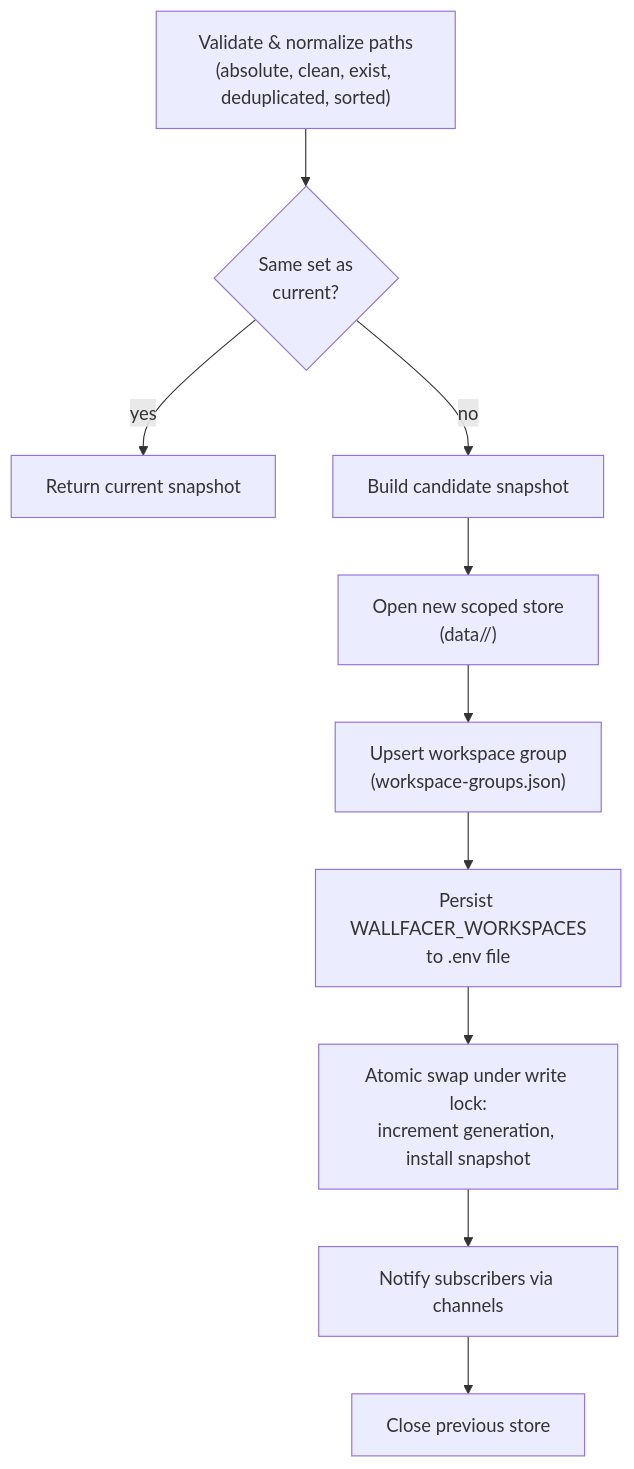
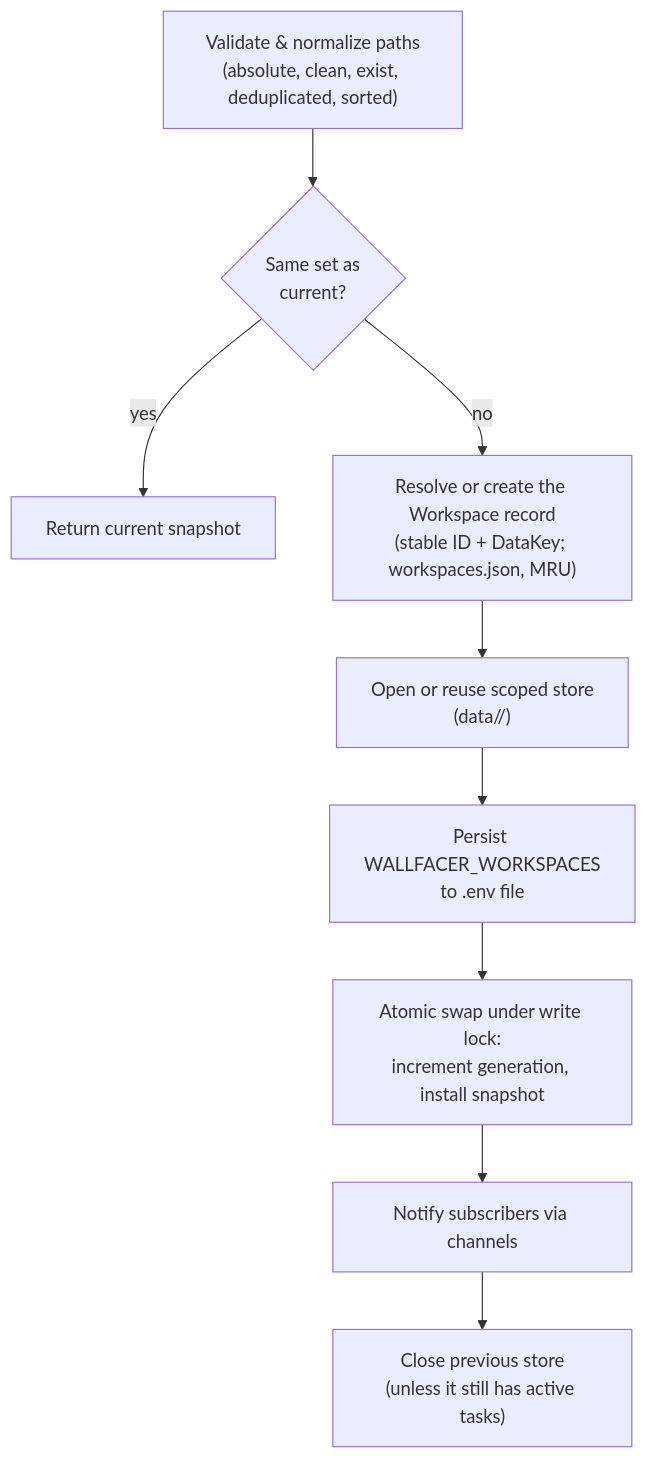
Before and after one commit to changkun/wallfacer: the first of 2 diagrams in docs/internals/workspaces-and-config.md, drawn with Mermaid. The commit also changed other lines of this file and 55 other files, not shown here.

````diff
--- a/docs/internals/workspaces-and-config.md
+++ b/docs/internals/workspaces-and-config.md
@@ -56,12 +60,11 @@
 ```mermaid
 flowchart TD
     Validate["Validate & normalize paths<br/>(absolute, clean, exist, deduplicated, sorted)"] --> Same{"Same set as<br/>current?"}
     Same -->|yes| NoOp["Return current snapshot"]
-    Same -->|no| Build["Build candidate snapshot"]
-    Build --> OpenStore["Open new scoped store<br/>(data/<key>/)"]
-    OpenStore --> Groups["Upsert workspace group<br/>(workspace-groups.json)"]
-    Groups --> Env["Persist WALLFACER_WORKSPACES<br/>to .env file"]
+    Same -->|no| Resolve["Resolve or create the Workspace record<br/>(stable ID + DataKey; workspaces.json, MRU)"]
+    Resolve --> OpenStore["Open or reuse scoped store<br/>(data/<DataKey>/)"]
+    OpenStore --> Env["Persist WALLFACER_WORKSPACES<br/>to .env file"]
     Env --> Swap["Atomic swap under write lock:<br/>increment generation, install snapshot"]
     Swap --> Publish["Notify subscribers via channels"]
-    Publish --> Close["Close previous store"]
+    Publish --> Close["Close previous store<br/>(unless it still has active tasks)"]
 ```
````
